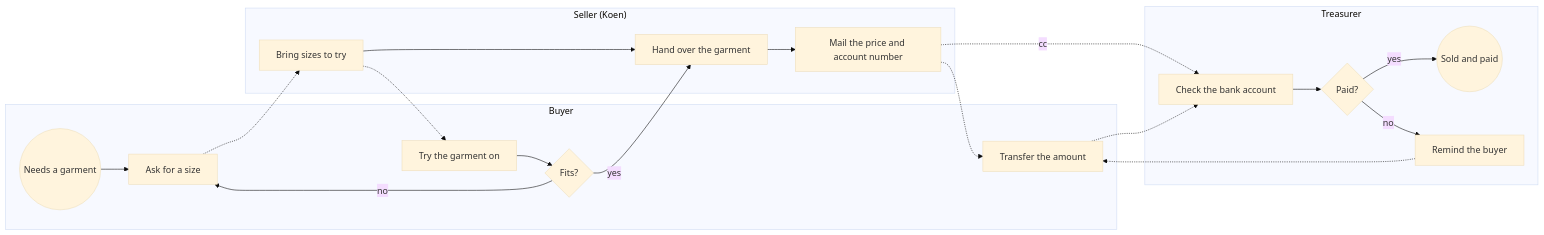
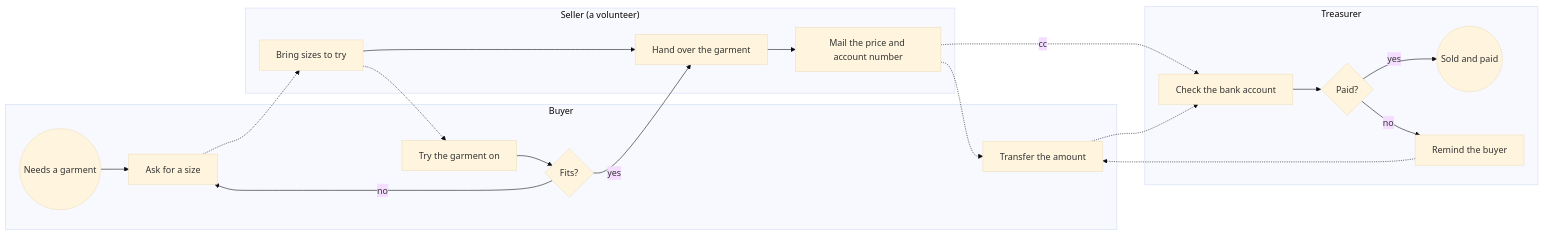
One commit to KoenRenders/KoenTest changed the first of 2 diagrams in docs/change_request_21_shop.md. Above: the diagram before and after it, drawn with Mermaid (base theme). The commit also changed other lines of this file, not shown here.

````diff
--- a/docs/change_request_21_shop.md
+++ b/docs/change_request_21_shop.md
@@ -25,24 +25,24 @@
 ```mermaid
 flowchart LR
   subgraph Buyer
     b0((Needs a garment)) --> b1[Ask for a size]
     b2[Try the garment on] --> bq{Fits?}
     bq -- no --> b1
     b3[Transfer the amount]
   end
-  subgraph Seller["Seller (Koen)"]
+  subgraph Seller["Seller (a volunteer)"]
     s1[Bring sizes to try] --> s2[Hand over the garment] --> s3[Mail the price and account number]
   end
   subgraph Treasurer
     t1[Check the bank account] --> tq{Paid?}
     tq -- yes --> te((Sold and paid))
     tq -- no --> t2[Remind the buyer]
   end
   b1 -.-> s1
   s1 -.-> b2
   bq -- yes --> s2
   s3 -.-> b3
   s3 -. cc .-> t1
   t2 -.-> b3
   b3 -.-> t1
 ```
````
